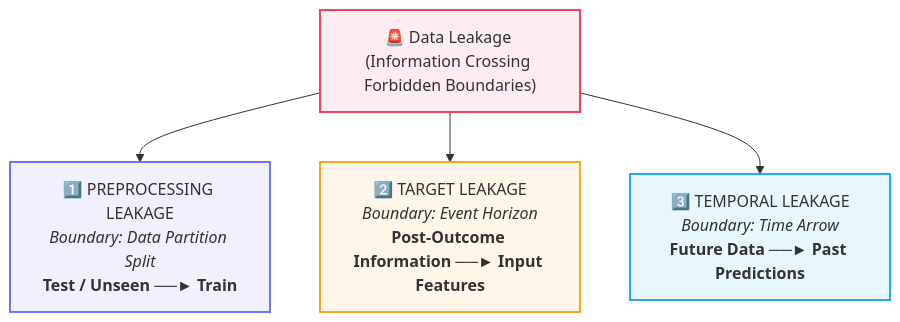
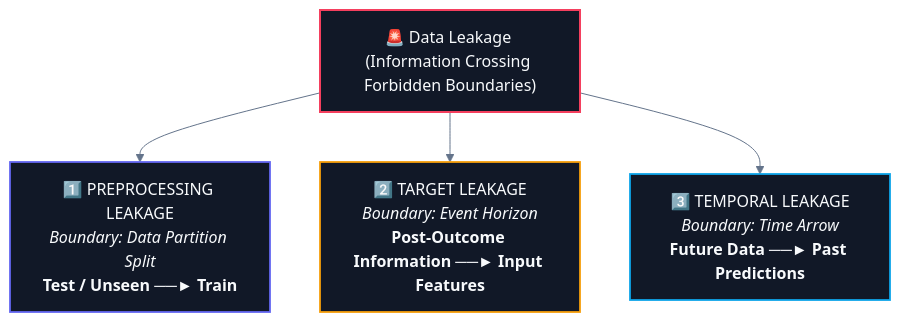
One commit to abhinavbharti2345/CS_Notes changed the first of 6 diagrams in CS/AI & ML/02. Data Preprocessing/01. Data Leakage.md. Above: the diagram before and after it, drawn with Mermaid. The commit also changed other lines of this file and 195 other files, not shown here.

````diff
--- a/CS/AI & ML/02. Data Preprocessing/01. Data Leakage.md
+++ b/CS/AI & ML/02. Data Preprocessing/01. Data Leakage.md
@@ -26,18 +26,19 @@
 ```mermaid
+%%{init: {'theme': 'base', 'themeVariables': { 'darkMode': true, 'background': '#0B0F14', 'mainBkg': '#111827', 'primaryColor': '#111827', 'primaryTextColor': '#F8FAFC', 'primaryBorderColor': '#38BDF8', 'lineColor': '#64748B', 'secondaryColor': '#0B0F14', 'tertiaryColor': '#0B0F14', 'clusterBkg': '#0B0F14', 'clusterBorder': '#38BDF8' }}}%%
 flowchart TD
     Leakage["🚨 Data Leakage (Information Crossing Forbidden Boundaries)"]
     
     Leakage --> L1["1️⃣ PREPROCESSING LEAKAGE<br/><i>Boundary: Data Partition Split</i><br/><b>Test / Unseen ──► Train</b>"]
     Leakage --> L2["2️⃣ TARGET LEAKAGE<br/><i>Boundary: Event Horizon</i><br/><b>Post-Outcome Information ──► Input Features</b>"]
     Leakage --> L3["3️⃣ TEMPORAL LEAKAGE<br/><i>Boundary: Time Arrow</i><br/><b>Future Data ──► Past Predictions</b>"]
 
-    classDef root fill:#f43f5e18,stroke:#f43f5e,stroke-width:2px;
-    classDef l1 fill:#6366f118,stroke:#6366f1,stroke-width:1.8px;
-    classDef l2 fill:#f59e0b18,stroke:#f59e0b,stroke-width:1.8px;
-    classDef l3 fill:#0ea5e918,stroke:#0ea5e9,stroke-width:1.8px;
+    classDef root fill:#111827,stroke:#f43f5e,stroke-width:2px,color:#F8FAFC;
+    classDef l1 fill:#111827,stroke:#6366f1,stroke-width:1.8px,color:#F8FAFC;
+    classDef l2 fill:#111827,stroke:#f59e0b,stroke-width:1.8px,color:#F8FAFC;
+    classDef l3 fill:#111827,stroke:#0ea5e9,stroke-width:1.8px,color:#F8FAFC;
 
     class Leakage root;
     class L1 l1;
     class L2 l2;
     class L3 l3;
 ```
````
